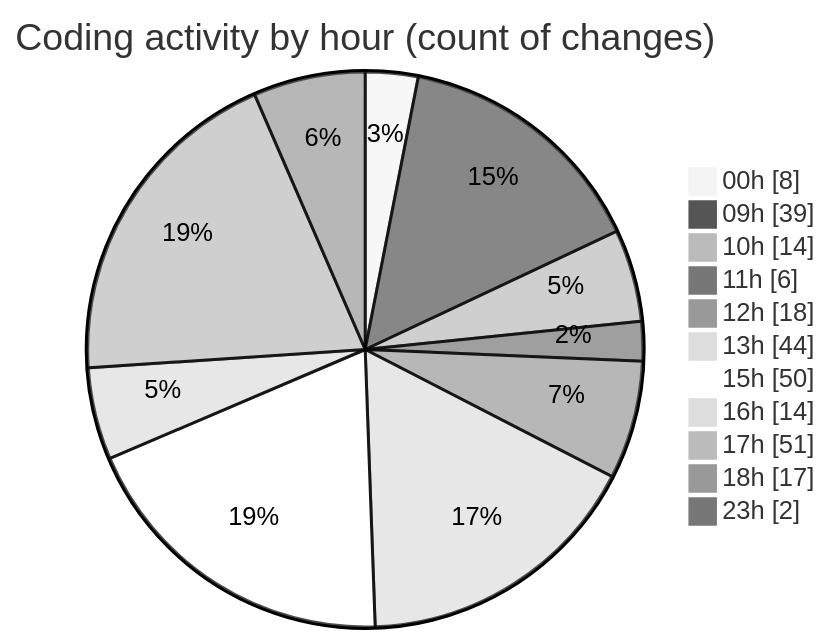
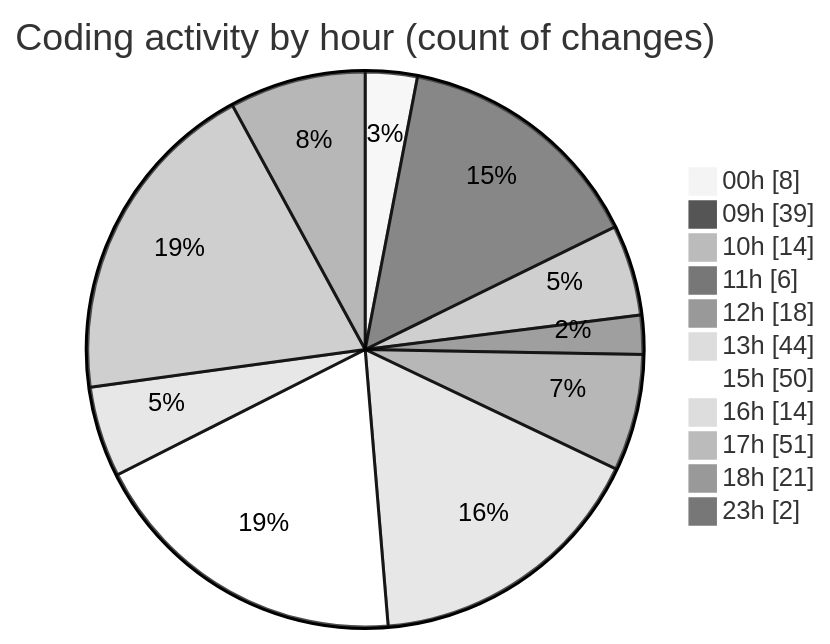
The second of 2 diagrams in 2025-12-18/cda/README.md (momahboobian/code-tracking), drawn with Mermaid (neutral theme) before and after one commit. The commit also changed other lines of this file and 1 other file, not shown here.

````diff
--- a/2025-12-18/cda/README.md
+++ b/2025-12-18/cda/README.md
@@ -119,15 +121,15 @@
 ```mermaid
 pie showData
 title Coding activity by hour (count of changes)
 "00h" : 8
 "09h" : 39
 "10h" : 14
 "11h" : 6
 "12h" : 18
 "13h" : 44
 "15h" : 50
 "16h" : 14
 "17h" : 51
-"18h" : 17
+"18h" : 21
 "23h" : 2
 ```
````
